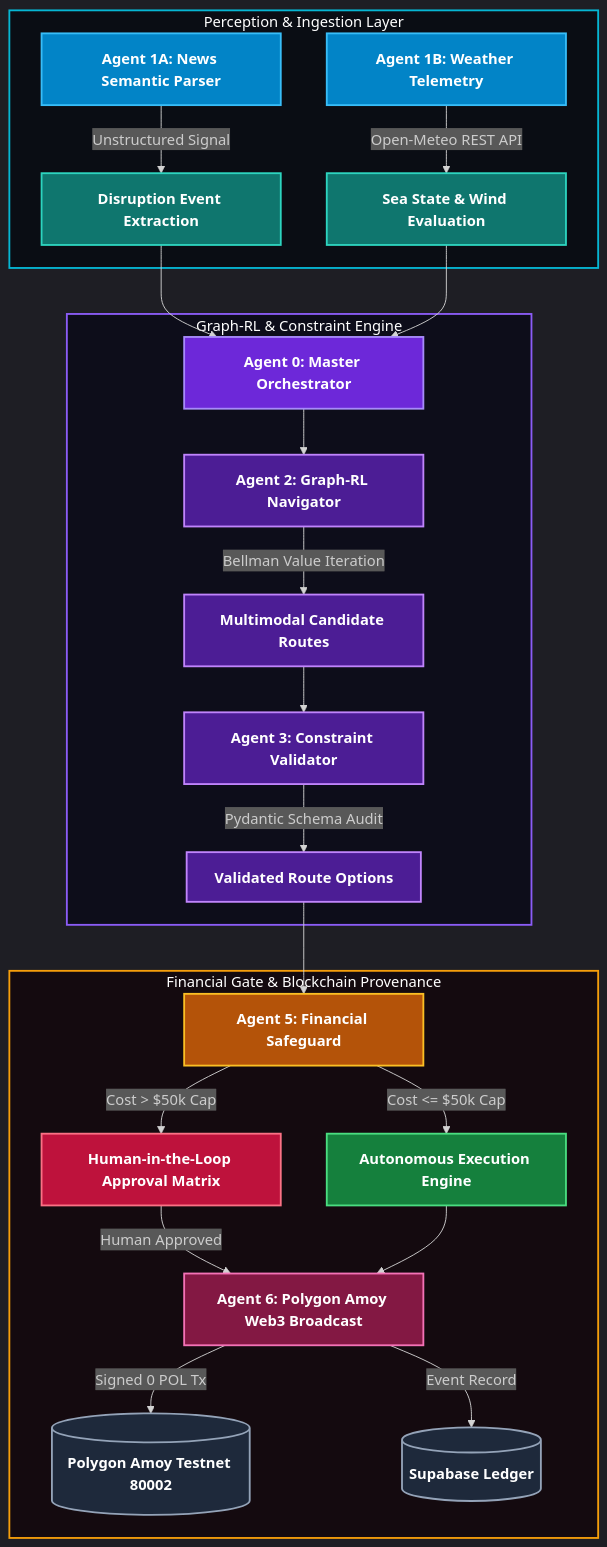
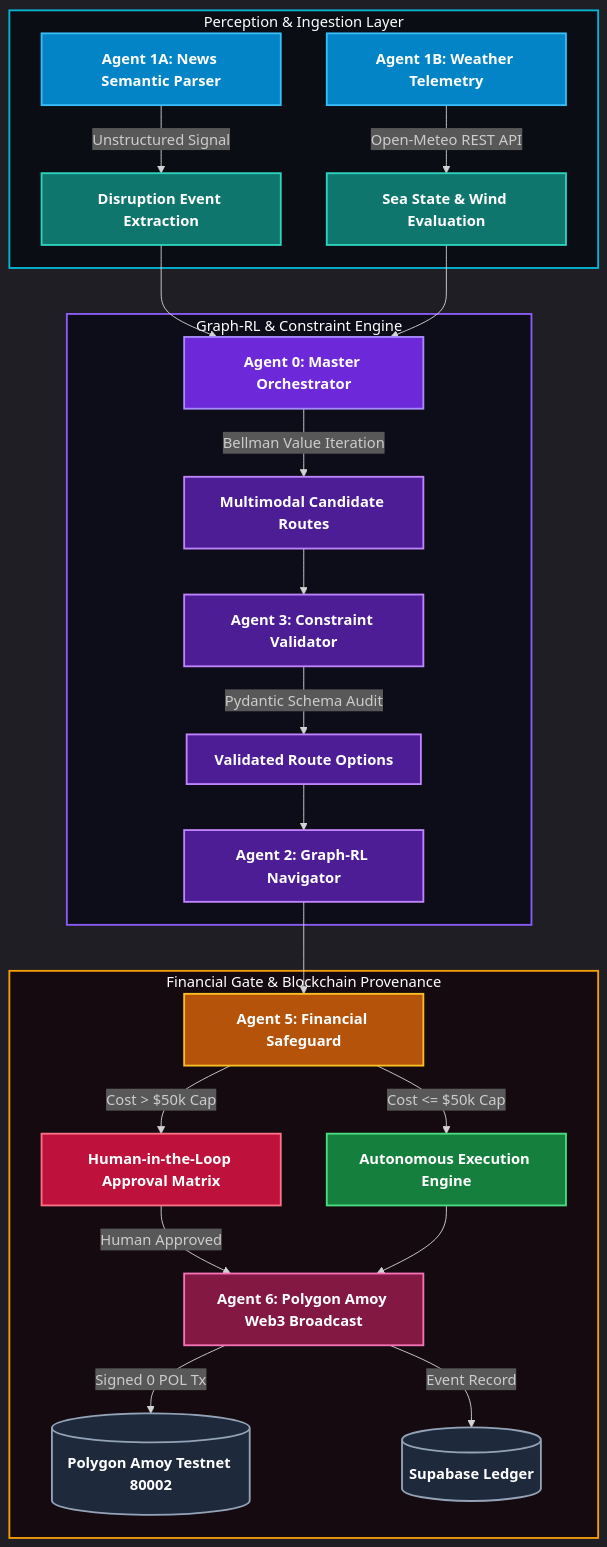
One commit to srujanvaidya/TeamScalar changed the first of 3 diagrams in README.md. Above: the diagram before and after it, drawn with Mermaid.

Commit message:
readme updated

````diff
--- a/README.md
+++ b/README.md
@@ -25,51 +25,51 @@
 ```mermaid
 %%{init: {'theme': 'dark', 'themeVariables': { 'darkMode': true, 'background': '#050505', 'fontFamily': 'Inter, sans-serif' }}}%%
 flowchart TD
     subgraph Perception_Layer [Perception & Ingestion Layer]
         A1[Agent 1A: News Semantic Parser] -->|Unstructured Signal| E1[Disruption Event Extraction]
         A2[Agent 1B: Weather Telemetry] -->|Open-Meteo REST API| E2[Sea State & Wind Evaluation]
     end
 
     subgraph Optimization_Layer [Graph-RL & Constraint Engine]
         E1 & E2 --> A0[Agent 0: Master Orchestrator]
-        A0 --> A2_Nav[Agent 2: Graph-RL Navigator]
-        A2_Nav -->|Bellman Value Iteration| C1[Multimodal Candidate Routes]
+        A0 -->|Bellman Value Iteration| C1[Multimodal Candidate Routes]
         C1 --> A3_Val[Agent 3: Constraint Validator]
         A3_Val -->|Pydantic Schema Audit| C2[Validated Route Options]
+        C2 --> A2_Nav[Agent 2: Graph-RL Navigator]
     end
 
     subgraph Governance_Layer [Financial Gate & Blockchain Provenance]
-        C2 --> A5_Gate[Agent 5: Financial Safeguard]
+        A2_Nav --> A5_Gate[Agent 5: Financial Safeguard]
         A5_Gate -->|Cost > $50k Cap| HITL[Human-in-the-Loop Approval Matrix]
         A5_Gate -->|Cost <= $50k Cap| AUTO[Autonomous Execution Engine]
         HITL -->|Human Approved| A6_Chain[Agent 6: Polygon Amoy Web3 Broadcast]
         AUTO --> A6_Chain
         A6_Chain -->|Signed 0 POL Tx| BLOCKCHAIN[(Polygon Amoy Testnet 80002)]
         A6_Chain -->|Event Record| SUPABASE[(Supabase Ledger)]
     end
 
     %% Aesthetic Color Palette Styles
     style Perception_Layer fill:#0a0d14,stroke:#06b6d4,stroke-width:2px,color:#ffffff
     style Optimization_Layer fill:#0d0d1a,stroke:#8b5cf6,stroke-width:2px,color:#ffffff
     style Governance_Layer fill:#140a0f,stroke:#f59e0b,stroke-width:2px,color:#ffffff
 
     classDef perception fill:#0284c7,stroke:#38bdf8,stroke-width:2px,color:#ffffff,font-weight:700
     classDef eventNode fill:#0f766e,stroke:#2dd4bf,stroke-width:2px,color:#ffffff,font-weight:700
     classDef masterNode fill:#6d28d9,stroke:#a78bfa,stroke-width:2px,color:#ffffff,font-weight:800
     classDef optNode fill:#4c1d95,stroke:#c084fc,stroke-width:2px,color:#ffffff,font-weight:700
     classDef gateNode fill:#b45309,stroke:#fbbf24,stroke-width:2px,color:#ffffff,font-weight:800
     classDef hitlNode fill:#be123c,stroke:#fb7185,stroke-width:2px,color:#ffffff,font-weight:800
     classDef autoNode fill:#15803d,stroke:#4ade80,stroke-width:2px,color:#ffffff,font-weight:800
     classDef web3Node fill:#831843,stroke:#f472b6,stroke-width:2px,color:#ffffff,font-weight:800
     classDef dbNode fill:#1e293b,stroke:#94a3b8,stroke-width:2px,color:#ffffff,font-weight:700
 
     class A1,A2 perception
     class E1,E2 eventNode
     class A0 masterNode
     class A2_Nav,C1,A3_Val,C2 optNode
     class A5_Gate gateNode
     class HITL hitlNode
     class AUTO autoNode
     class A6_Chain web3Node
     class BLOCKCHAIN,SUPABASE dbNode
 ```
````
